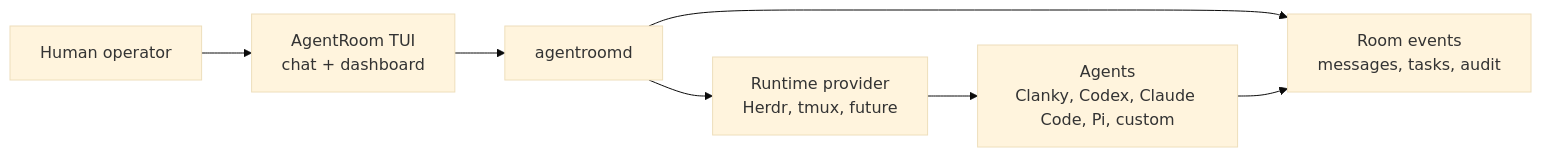
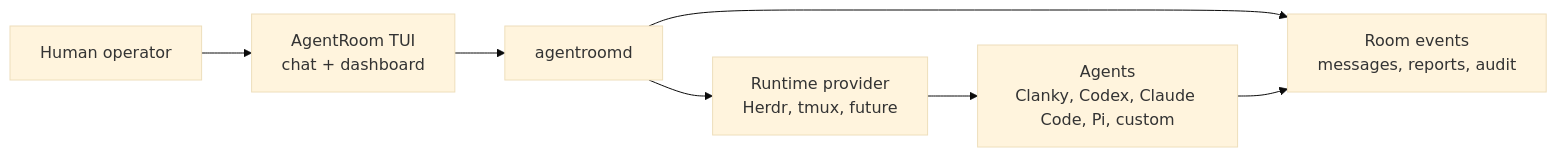
One commit to Volpestyle/agent-room changed the diagram in docs/TUI.md. Above: the diagram before and after it, drawn with Mermaid (base theme). The commit also changed other lines of this file and 41 other files, not shown here.

````diff
--- a/docs/TUI.md
+++ b/docs/TUI.md
@@ -88,16 +87,16 @@
 ```mermaid
 flowchart LR
   human["Human operator"]
   tui["AgentRoom TUI<br/>chat + dashboard"]
   daemon["agentroomd"]
-  room["Room events<br/>messages, tasks, audit"]
+  room["Room events<br/>messages, reports, audit"]
   runtime["Runtime provider<br/>Herdr, tmux, future"]
   agents["Agents<br/>Clanky, Codex, Claude Code, Pi, custom"]
 
   human --> tui
   tui --> daemon
   daemon --> room
   daemon --> runtime
   runtime --> agents
   agents --> room
 ```
````
